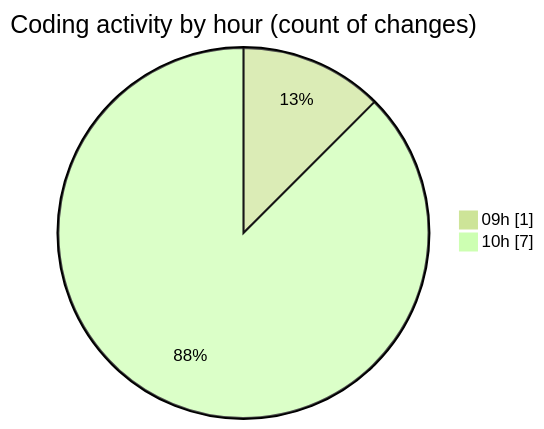
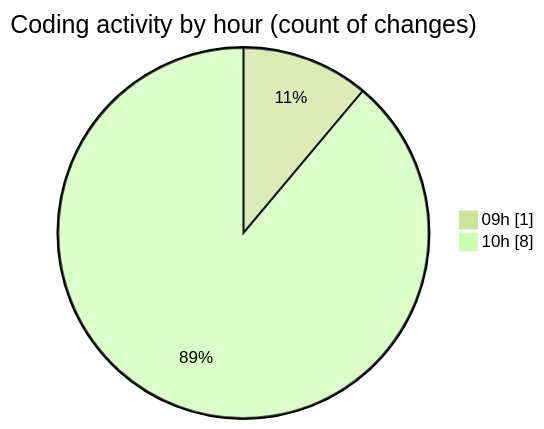
Before and after one commit to momahboobian/code-tracking: the second of 2 diagrams in 2025-07-09/cda/README.md, drawn with Mermaid (forest theme). The commit also changed other lines of this file and 1 other file, not shown here.

````diff
--- a/2025-07-09/cda/README.md
+++ b/2025-07-09/cda/README.md
@@ -34,6 +35,6 @@
 ```mermaid
 pie showData
 title Coding activity by hour (count of changes)
 "09h" : 1
-"10h" : 7
+"10h" : 8
 ```
````
